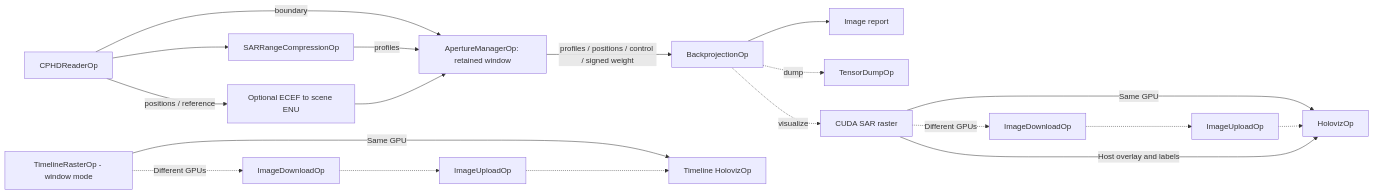
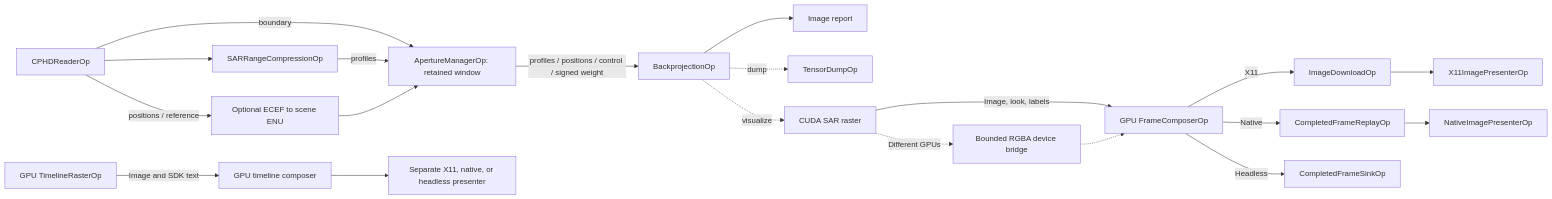
One commit to nvidia-holoscan/holoscan-radar changed the diagram in applications/sar/video_sar/README.md. Above: the diagram before and after it, drawn with Mermaid. The commit also changed other lines of this file and 23 other files, not shown here.

````diff
--- a/applications/sar/video_sar/README.md
+++ b/applications/sar/video_sar/README.md
@@ -14,19 +16,19 @@
 ```mermaid
 flowchart LR
     R[CPHDReaderOp] --> RC[SARRangeCompressionOp]
     R -- positions / reference --> E[Optional ECEF to scene ENU]
     R -- boundary --> A[ApertureManagerOp: retained window]
     RC -- profiles --> A
     E --> A
     A -- profiles / positions / control / signed weight --> B[BackprojectionOp]
     B --> Report[Image report]
     B -. dump .-> Dump[TensorDumpOp]
     B -. visualize .-> Raster[CUDA SAR raster]
-    Raster -->|Same GPU| Viz[HolovizOp]
-    Raster -.->|Different GPUs| Download[ImageDownloadOp]
-    Download -.-> Upload[ImageUploadOp] -.-> Viz
-    Raster -->|Host overlay and labels| Viz
-    Timeline[TimelineRasterOp - window mode] -->|Same GPU| TimelineViz[Timeline HolovizOp]
-    Timeline -.->|Different GPUs| TimelineDownload[ImageDownloadOp]
-    TimelineDownload -.-> TimelineUpload[ImageUploadOp] -.-> TimelineViz
+    Raster -->|Image, look, labels| Frame[GPU FrameComposerOp]
+    Raster -. Different GPUs .-> Bridge[Bounded RGBA device bridge] -.-> Frame
+    Frame -->|X11| Download[ImageDownloadOp] --> X11[X11ImagePresenterOp]
+    Frame -->|Native| Replay[CompletedFrameReplayOp] --> Viz[NativeImagePresenterOp]
+    Frame -->|Headless| Sink[CompletedFrameSinkOp]
+    Timeline[GPU TimelineRasterOp] -->|Image and SDK text| TimelineFrame[GPU timeline composer]
+    TimelineFrame --> TimelineTransport[Separate X11, native, or headless presenter]
 ```
````
